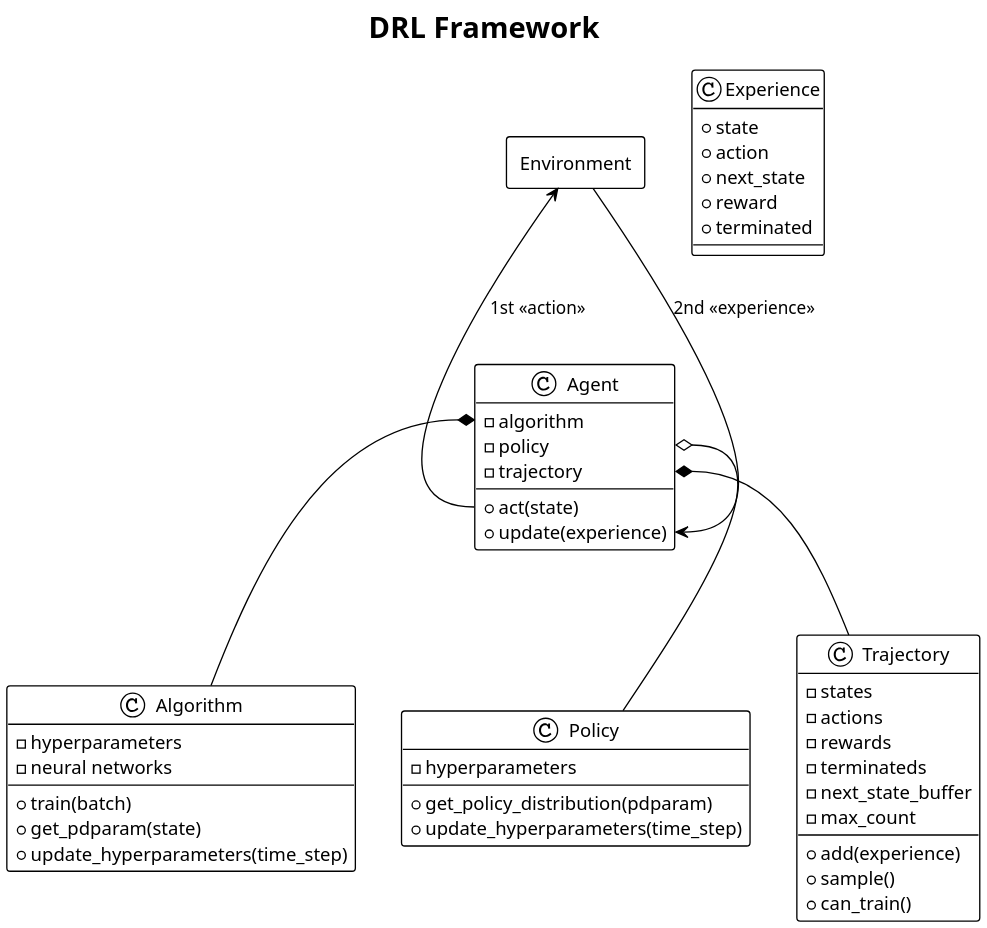
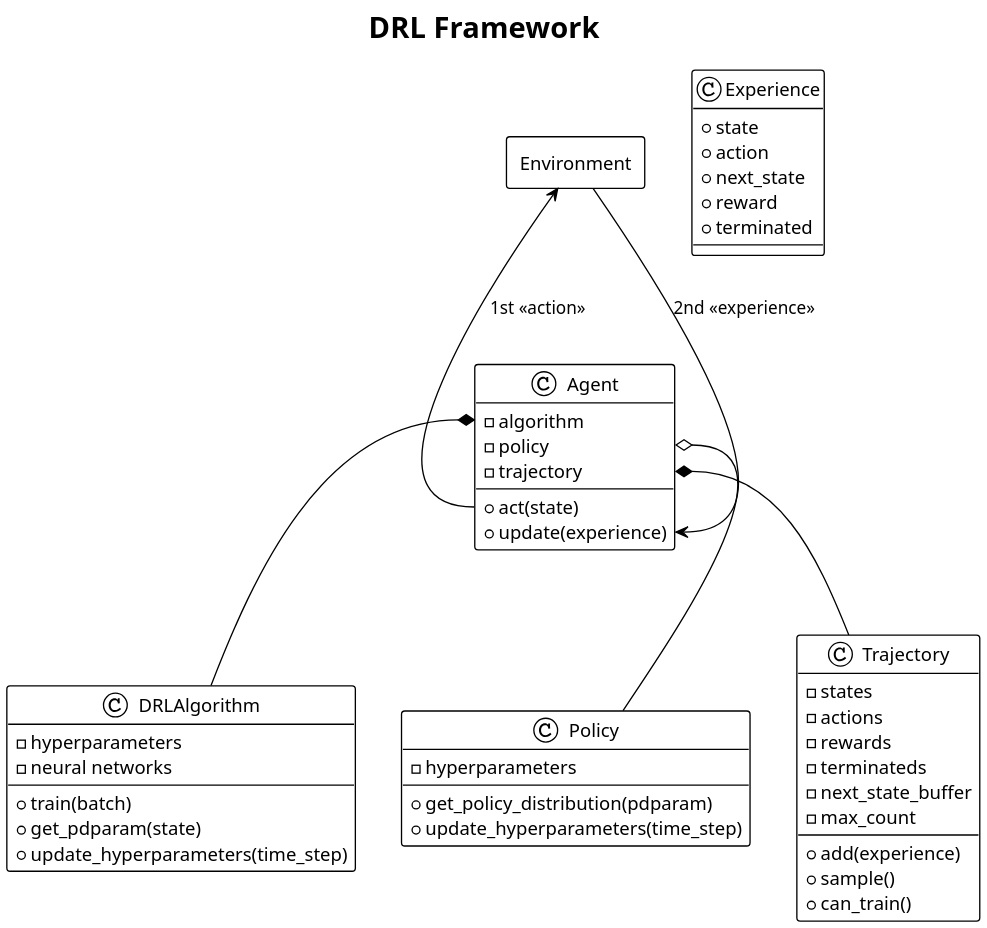
One commit to DevSlem/AINE-DRL changed the diagram in UML/DRLFramework.plantuml. Above: the diagram before and after it, drawn with PlantUML.

Commit message:
Update uml

```diff
--- a/UML/DRLFramework.plantuml
+++ b/UML/DRLFramework.plantuml
@@ -1,61 +1,61 @@
 @startuml DRL Framework
 
 !theme plain
 skinparam backgroundColor #FFFFFF
 scale 2
 title DRL Framework
 
 Agent Environment [
     Environment
 ]
 
 class Agent {
     - algorithm
     - policy
     - trajectory
     + act(state)
     + update(experience)
 }
 
-class Algorithm {
+class DRLAlgorithm {
     - hyperparameters
     - neural networks
     + train(batch)
     + get_pdparam(state)
     + update_hyperparameters(time_step)
 }
 
 class Policy {
     - hyperparameters
     + get_policy_distribution(pdparam)
     + update_hyperparameters(time_step)
 }
 
 class Trajectory {
     - states
     - actions
     - rewards
     - terminateds
     - next_state_buffer
     - max_count
     + add(experience)
     + sample()
     + can_train()
 }
 
 class Experience {
     + state
     + action
     + next_state
     + reward
     + terminated
 }
 
-Agent::algorithm *-- Algorithm
+Agent::algorithm *-- DRLAlgorithm
 Agent::policy o-- Policy
 Agent::trajectory *-- Trajectory
 
 Environment <-- Agent::act : 1st << action >>
 Environment --> Agent::update : 2nd << experience >>
 
 @enduml
```
